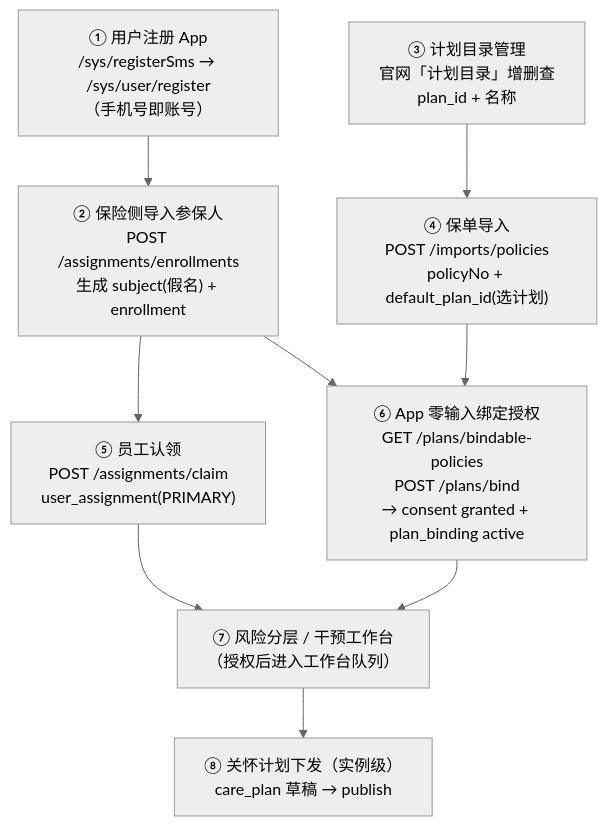
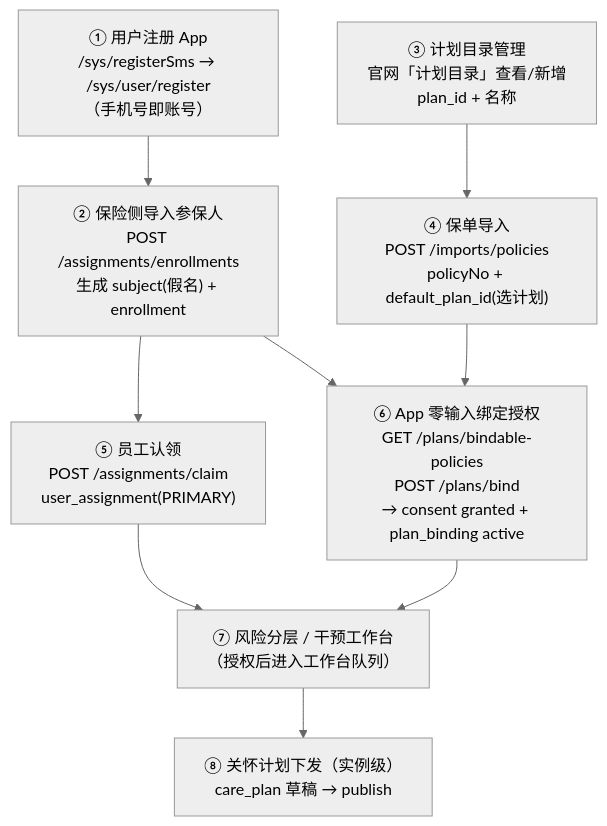
Before and after one commit to wjmlong/rehealth_tongbu: the second of 8 diagrams in docs/保险侧计划与保单设计及全流程闭环.md, drawn with Mermaid (neutral theme). The commit also changed other lines of this file and 11 other files, not shown here.

````diff
--- a/docs/保险侧计划与保单设计及全流程闭环.md
+++ b/docs/保险侧计划与保单设计及全流程闭环.md
@@ -52,11 +52,11 @@
 ```mermaid
 flowchart TD
     A["① 用户注册 App<br>/sys/registerSms → /sys/user/register<br>（手机号即账号）"] --> B["② 保险侧导入参保人<br>POST /assignments/enrollments<br>生成 subject(假名) + enrollment"]
-    C["③ 计划目录管理<br>官网「计划目录」增删查<br>plan_id + 名称"] --> D["④ 保单导入<br>POST /imports/policies<br>policyNo + default_plan_id(选计划)"]
+    C["③ 计划目录管理<br>官网「计划目录」查看/新增<br>plan_id + 名称"] --> D["④ 保单导入<br>POST /imports/policies<br>policyNo + default_plan_id(选计划)"]
     B --> E["⑤ 员工认领<br>POST /assignments/claim<br>user_assignment(PRIMARY)"]
     D --> F["⑥ App 零输入绑定授权<br>GET /plans/bindable-policies<br>POST /plans/bind<br>→ consent granted + plan_binding active"]
     B --> F
     E --> G["⑦ 风险分层 / 干预工作台<br>（授权后进入工作台队列）"]
     F --> G
     G --> H["⑧ 关怀计划下发（实例级）<br>care_plan 草稿 → publish"]
 ```
````
